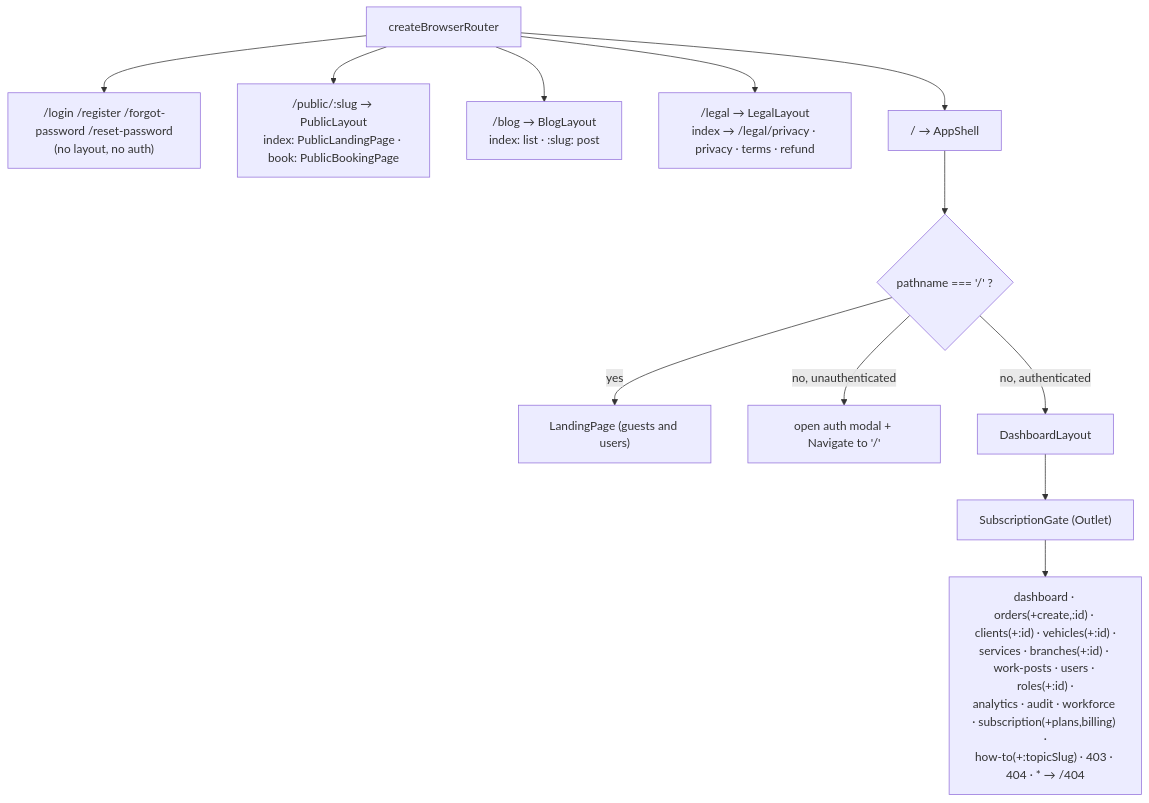
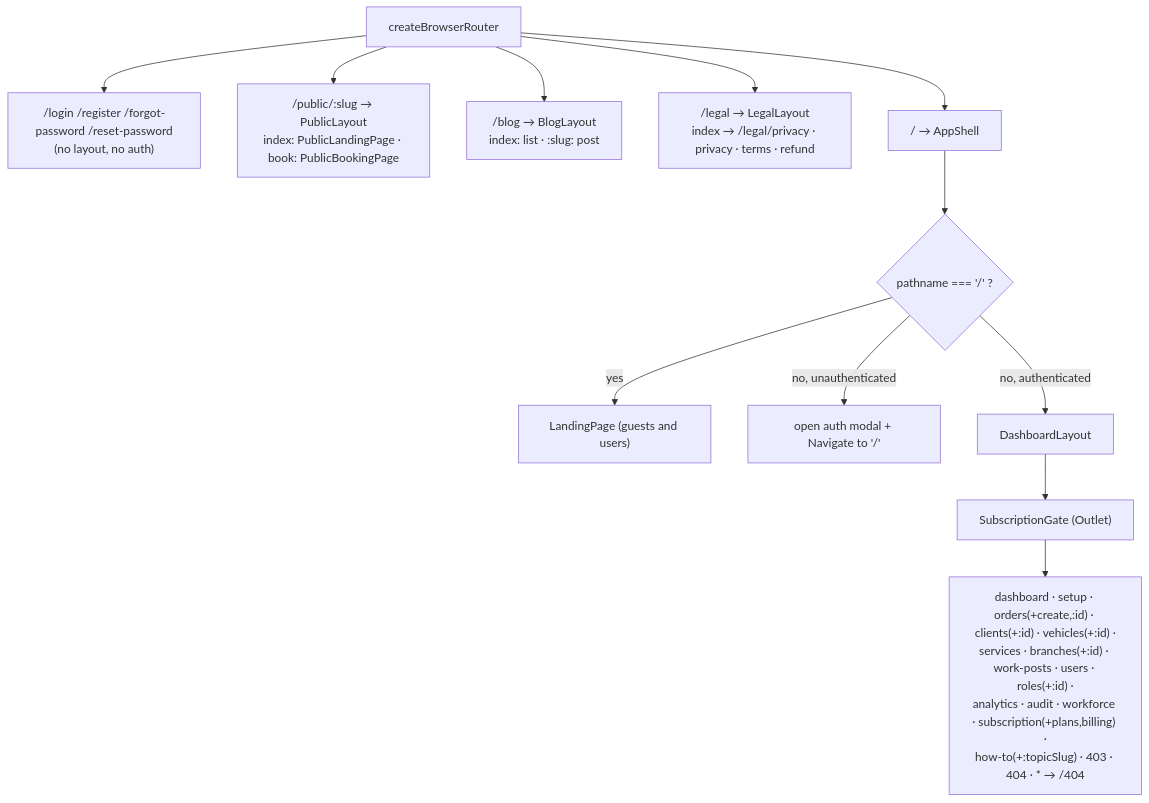
One commit to Klukvas/WashFlow changed the diagram in docs/context/frontend.md. Above: the diagram before and after it, drawn with Mermaid. The commit also changed other lines of this file and 31 other files, not shown here.

Commit message:
feat: guide initial workspace setup from dashboard

````diff
--- a/docs/context/frontend.md
+++ b/docs/context/frontend.md
@@ -66,17 +66,17 @@
 ```mermaid
 flowchart TB
   R["createBrowserRouter"]
   R --> A["/login /register /forgot-password /reset-password<br/>(no layout, no auth)"]
   R --> B["/public/:slug → PublicLayout<br/>index: PublicLandingPage · book: PublicBookingPage"]
   R --> C["/blog → BlogLayout<br/>index: list · :slug: post"]
   R --> D["/legal → LegalLayout<br/>index → /legal/privacy · privacy · terms · refund"]
   R --> E["/ → AppShell"]
 
   E --> E0{"pathname === '/' ?"}
   E0 -->|yes| LAND["LandingPage (guests and users)"]
   E0 -->|"no, unauthenticated"| MODAL["open auth modal + Navigate to '/'"]
   E0 -->|"no, authenticated"| DL["DashboardLayout"]
 
   DL --> SG["SubscriptionGate (Outlet)"]
-  SG --> PAGES["dashboard · orders(+create,:id) · clients(+:id) · vehicles(+:id) ·<br/>services · branches(+:id) · work-posts · users · roles(+:id) ·<br/>analytics · audit · workforce · subscription(+plans,billing) ·<br/>how-to(+:topicSlug) · 403 · 404 · * → /404"]
+  SG --> PAGES["dashboard · setup · orders(+create,:id) · clients(+:id) · vehicles(+:id) ·<br/>services · branches(+:id) · work-posts · users · roles(+:id) ·<br/>analytics · audit · workforce · subscription(+plans,billing) ·<br/>how-to(+:topicSlug) · 403 · 404 · * → /404"]
 ```
````
